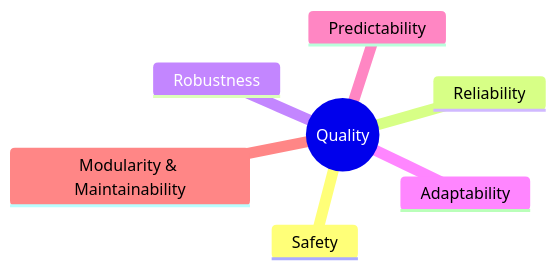
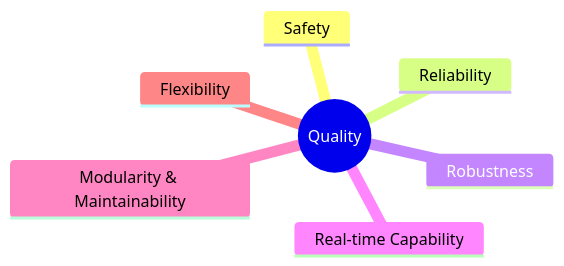
The fourth of 6 diagrams in doc/10. Quality Requirements.md (una-auxme/arlab), drawn with Mermaid before and after one commit. The commit also changed other lines of this file, not shown here.

Commit message:
Updated '10. Quality Requirements.mde' with an introduction and a chapter 10.2 with some Quality Scenarios.

````diff
--- a/doc/10. Quality Requirements.md
+++ b/doc/10. Quality Requirements.md
@@ -128,10 +97,10 @@
 ```mermaid
-    mindmap
-    root((Quality ))
-        Safety
-        Reliability
-        Robustness
-        Adaptability
-        Predictability
-        Modularity & Maintainability
+mindmap
+  root((Quality))
+    Safety
+    Reliability
+    Robustness
+    Real-time Capability
+    Modularity & Maintainability
+    Flexibility
 ```
````
